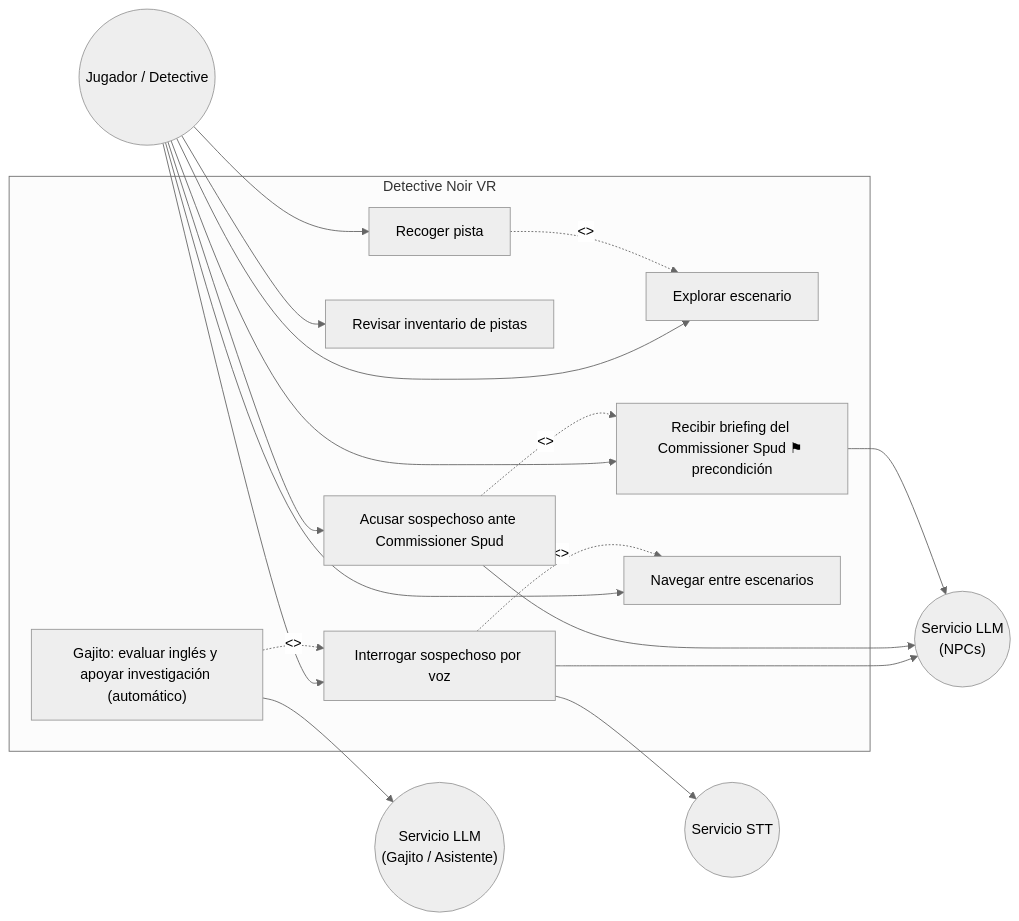
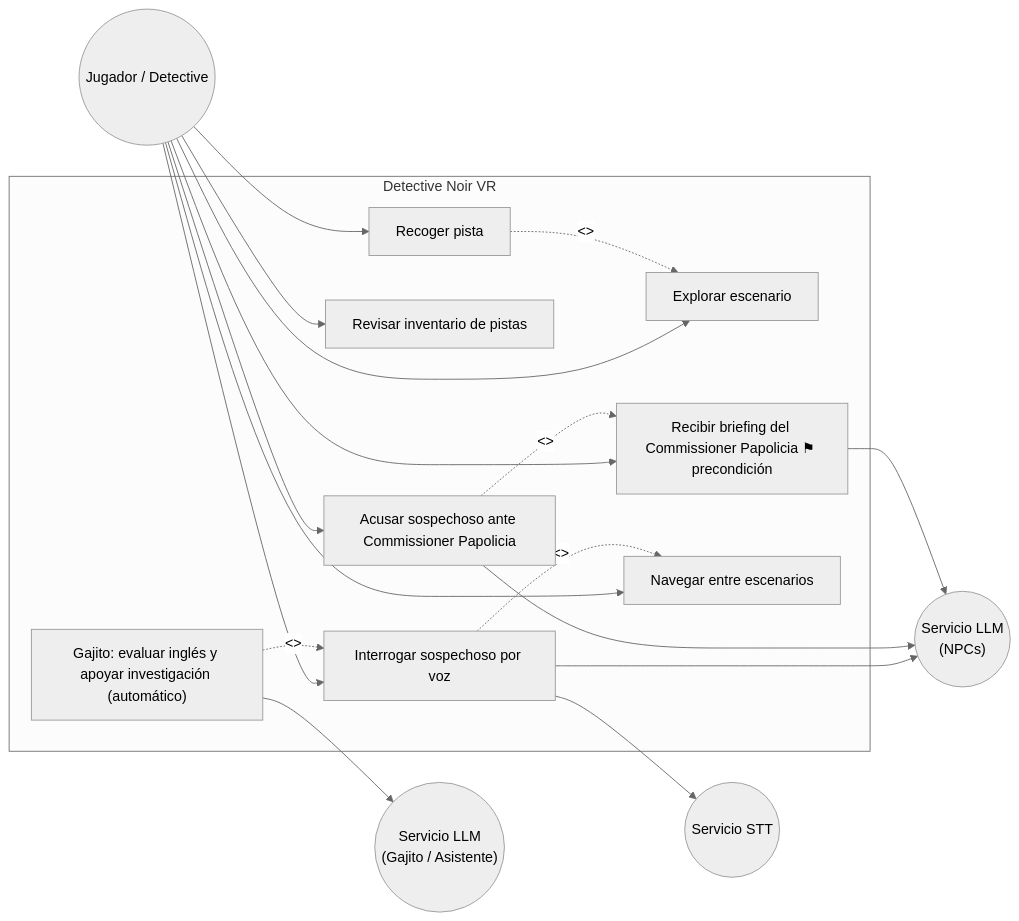
Before and after one commit to naxoruto/Limonchero-3D: the first of 6 diagrams in docs/design/gdd/entrega_1_diseno.md, drawn with Mermaid (neutral theme). The commit also changed other lines of this file and 46 other files, not shown here.

````diff
--- a/docs/design/gdd/entrega_1_diseno.md
+++ b/docs/design/gdd/entrega_1_diseno.md
@@ -262,41 +262,41 @@
 ```mermaid
 graph LR
 	subgraph Sistema["Detective Noir VR"]
 		UC1["Explorar escenario"]
 		UC2["Recoger pista"]
 		UC3["Revisar inventario de pistas"]
 		UC4["Interrogar sospechoso por voz"]
-		UC5["Acusar sospechoso ante Commissioner Spud"]
-		UC6["Recibir briefing del Commissioner Spud ⚑ precondición"]
+		UC5["Acusar sospechoso ante Commissioner Papolicia"]
+		UC6["Recibir briefing del Commissioner Papolicia ⚑ precondición"]
 		UC7["Gajito: evaluar inglés y apoyar investigación (automático)"]
 		UC8["Navegar entre escenarios"]
 	end
 
 	Jugador((Jugador / Detective))
 	LLM_NPC(("Servicio LLM\n(NPCs)"))
 	LLM_Gajito(("Servicio LLM\n(Gajito / Asistente)"))
 	STT((Servicio STT))
 	%% Relaciones jugador → UC
 	Jugador --> UC6
 	Jugador --> UC8
 	Jugador --> UC1
 	Jugador --> UC2
 	Jugador --> UC3
 	Jugador --> UC4
 	Jugador --> UC5
 
 	%% include: dependencias obligatorias entre UCs
 	UC2 -. "<<include>>" .-> UC1
 	UC4 -. "<<include>>" .-> UC8
 	UC5 -. "<<include>>" .-> UC6
 
 	%% extend: UC7 se activa automáticamente durante UC4
 	UC7 -. "<<extend>>" .-> UC4
 
 	%% Servicios externos
 	UC4 --> STT
 	UC4 --> LLM_NPC
 	UC7 --> LLM_Gajito
 	UC5 --> LLM_NPC
 	UC6 --> LLM_NPC
 ```
````
